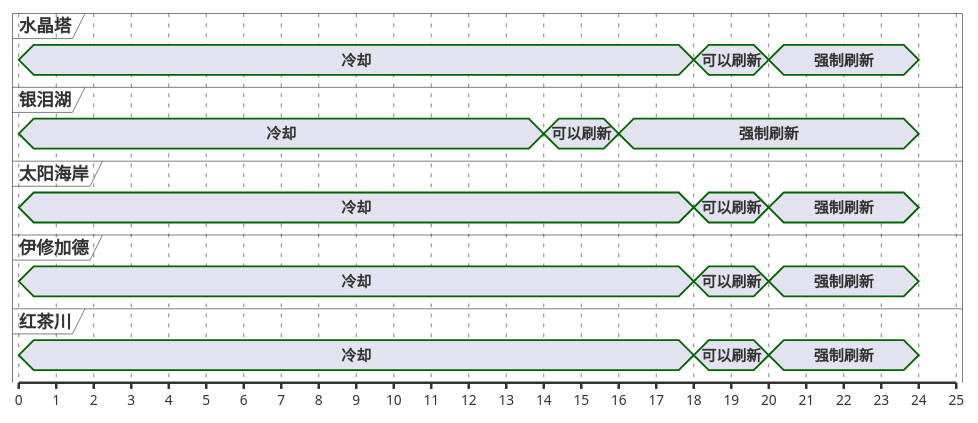
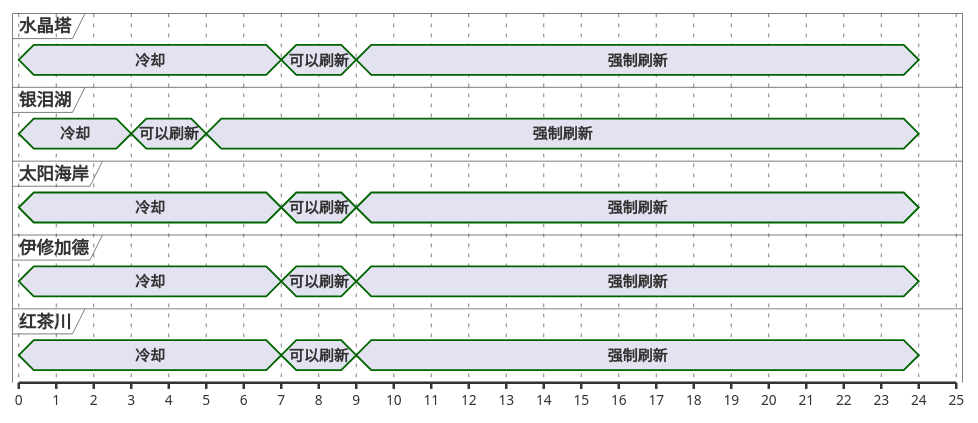
One commit to Eroleice/doc-pi changed the fourth of 13 diagrams in ffxiv/hunt/2.0/Mindflayer.md. Above: the diagram before and after it, drawn with PlantUML. The commit also changed other lines of this file and 38 other files, not shown here.

````diff
--- a/ffxiv/hunt/2.0/Mindflayer.md
+++ b/ffxiv/hunt/2.0/Mindflayer.md
@@ -224,42 +224,42 @@
 ```plantuml
 @startuml
 scale 1 as 30 pixels
 
 concise 水晶塔
 concise 银泪湖
 concise 太阳海岸
 concise 伊修加德
 concise 红茶川
 
 @银泪湖
 0 is 冷却
-14 is 可以刷新
-16 is 强制刷新
+3 is 可以刷新
+5 is 强制刷新
 24 is {hidden}
 
 @太阳海岸
 0 is 冷却
-18 is 可以刷新
-20 is 强制刷新
+7 is 可以刷新
+9 is 强制刷新
 24 is {hidden}
 
 @水晶塔
 0 is 冷却
-18 is 可以刷新
-20 is 强制刷新
+7 is 可以刷新
+9 is 强制刷新
 24 is {hidden}
 
 @红茶川
 0 is 冷却
-18 is 可以刷新
-20 is 强制刷新
+7 is 可以刷新
+9 is 强制刷新
 24 is {hidden}
 
 @伊修加德
 0 is 冷却
-18 is 可以刷新
-20 is 强制刷新
+7 is 可以刷新
+9 is 强制刷新
 24 is {hidden}
 
 @enduml
 ```
````
